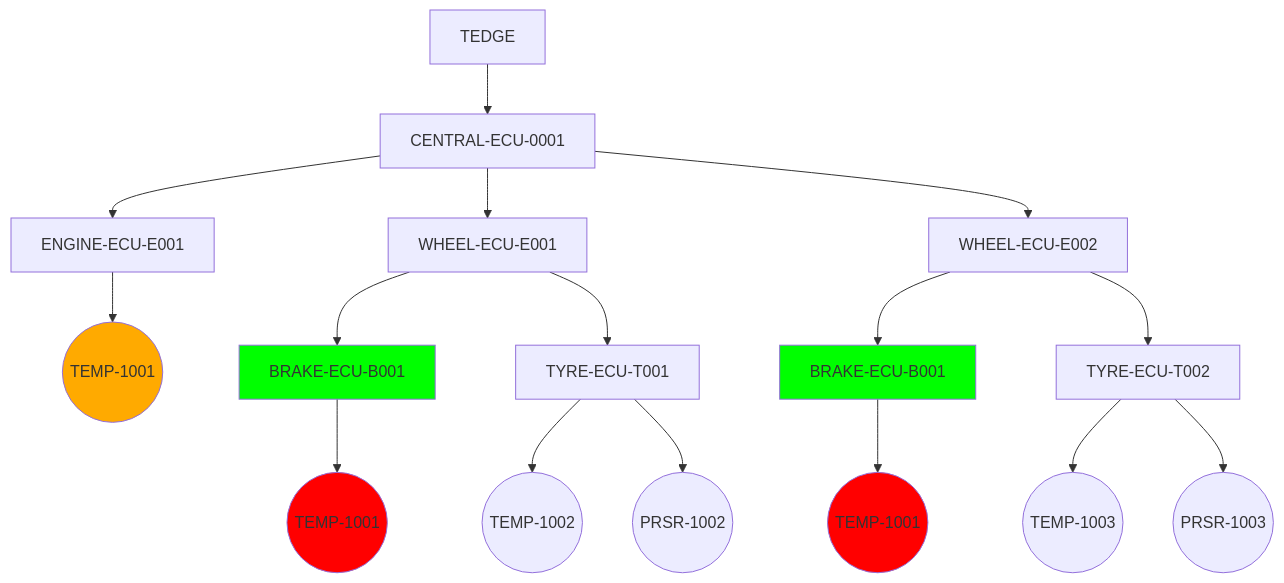
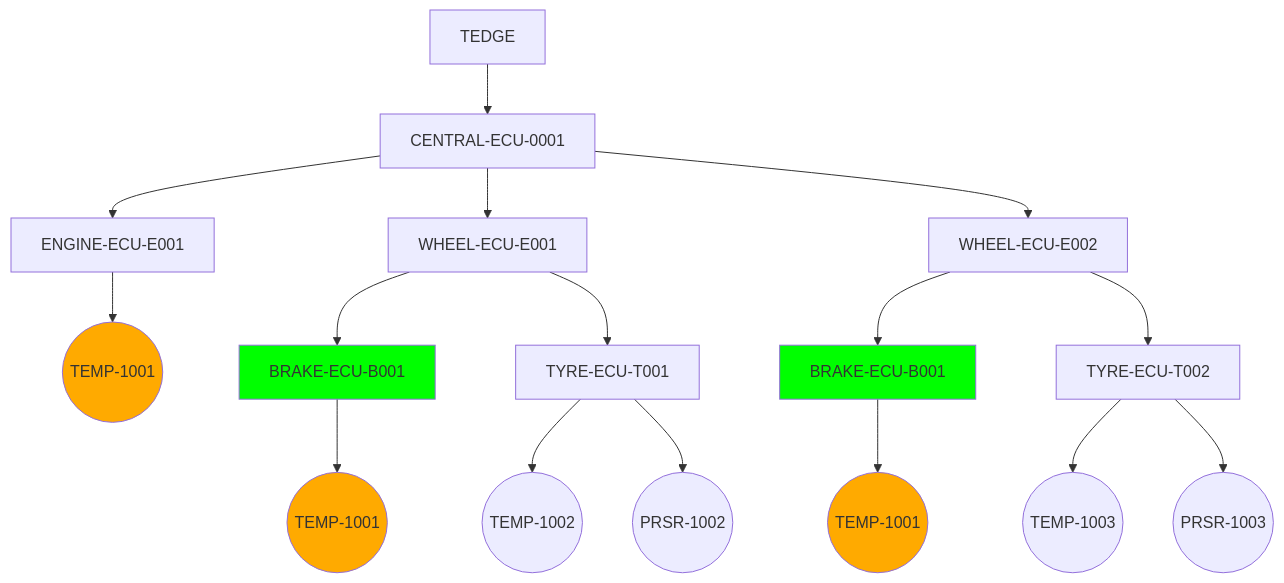
Before and after one commit to reubenmiller/thin-edge.io: the diagram in docs/src/references/mqtt-topic-guidelines.md, drawn with Mermaid. The commit also changed other lines of this file, not shown here.

Commit message:
Minor corrections in example diagram

````diff
--- a/docs/src/references/mqtt-topic-guidelines.md
+++ b/docs/src/references/mqtt-topic-guidelines.md
@@ -75,28 +75,28 @@
 ```mermaid
 graph TD;
     TEDGE --> CENTRAL-ECU-0001;
     CENTRAL-ECU-0001 --> ENGINE-ECU-E001;
     CENTRAL-ECU-0001 --> WHEEL-ECU-E001;
     CENTRAL-ECU-0001 --> WHEEL-ECU-E002;
 
-    ENGINE-ECU-E001 --> TEMP-0001((TEMP-1001));
+    ENGINE-ECU-E001 --> TEMP-1001*((TEMP-1001));
 
     WHEEL-ECU-E001 --> BRAKE-ECU-B001;
     WHEEL-ECU-E001 --> TYRE-ECU-T001;
     BRAKE-ECU-B001 --> TEMP-1001((TEMP-1001));
     TYRE-ECU-T001 --> TEMP-1002((TEMP-1002));
     TYRE-ECU-T001 --> PRSR-1002((PRSR-1002));
 
     WHEEL-ECU-E002 --> BRAKE-ECU-B001'[BRAKE-ECU-B001];
     WHEEL-ECU-E002 --> TYRE-ECU-T002;
     BRAKE-ECU-B001' --> TEMP-1001'((TEMP-1001));
     TYRE-ECU-T002 --> TEMP-1003((TEMP-1003));
     TYRE-ECU-T002 --> PRSR-1003((PRSR-1003));
 
     style BRAKE-ECU-B001 fill:#0f0
     style BRAKE-ECU-B001' fill:#0f0
 
-    style TEMP-0001 fill:#fa0
-    style TEMP-1001 fill:#f00
-    style TEMP-1001' fill:#f00
+    style TEMP-1001* fill:#fa0
+    style TEMP-1001 fill:#fa0
+    style TEMP-1001' fill:#fa0
 ```
````
